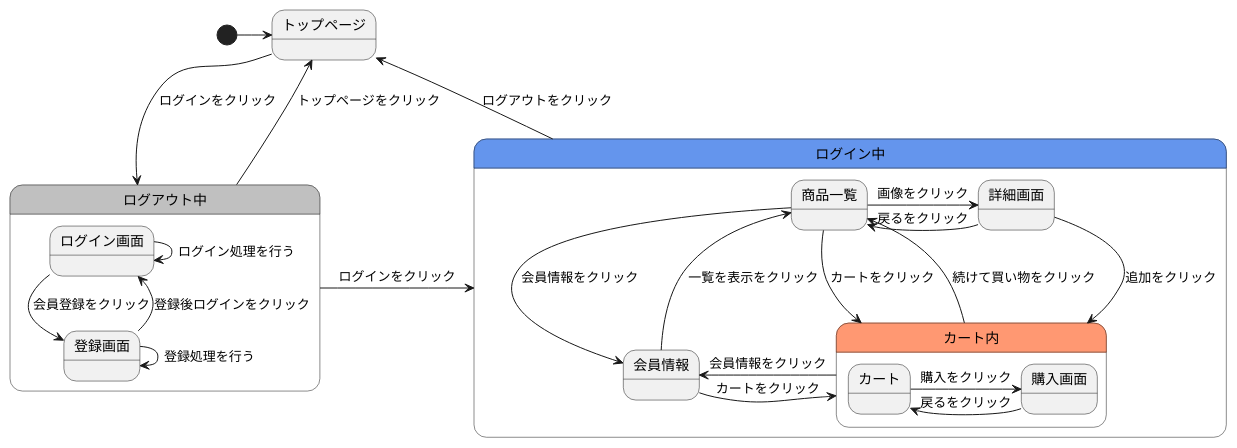
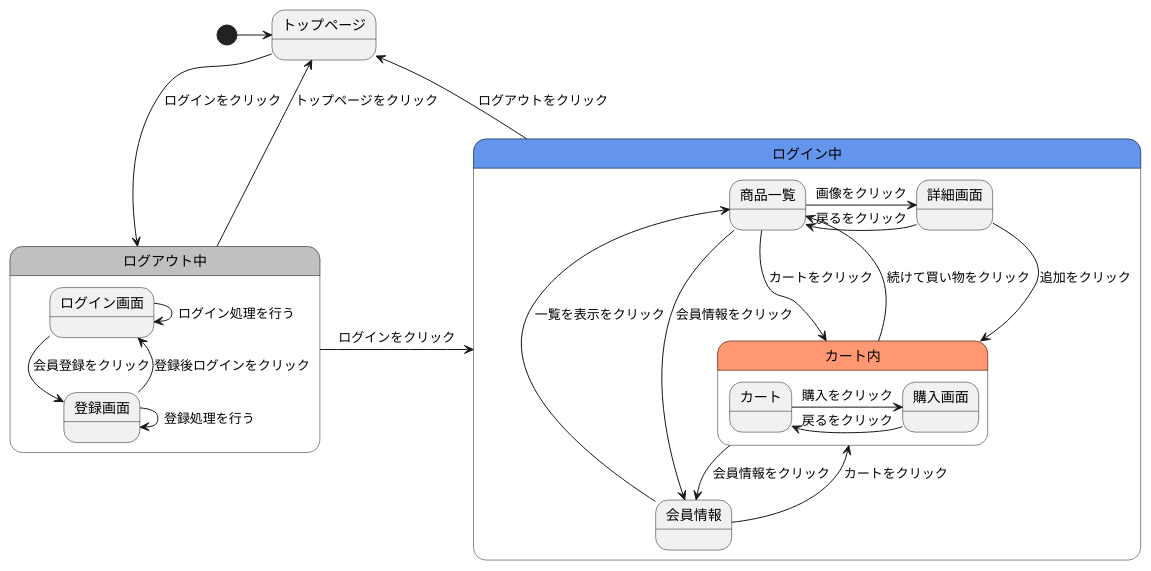
One commit to Aso2001409/2021sys-design changed the diagram in gamen2.md. Above: the diagram before and after it, drawn with PlantUML.

````diff
--- a/gamen2.md
+++ b/gamen2.md
@@ -1,30 +1,30 @@
 ```uml
 @startuml
 [*]->トップページ
 トップページ-->ログアウト中 :ログインをクリック
 ログアウト中->トップページ :トップページをクリック
 ログイン中->トップページ : ログアウトをクリック
 state ログアウト中 #C0C0C0{
   ログイン画面-->登録画面 :会員登録をクリック
   ログイン画面->ログイン画面 :ログイン処理を行う
   登録画面->登録画面 :登録処理を行う
   登録画面--> ログイン画面 :登録後ログインをクリック
 }
 ログアウト中->ログイン中 :ログインをクリック
 state ログイン中 #6495ED{
   商品一覧->詳細画面 :画像をクリック
   商品一覧--->カート内 :カートをクリック
   商品一覧->会員情報 :会員情報をクリック
   詳細画面->商品一覧 :戻るをクリック
   詳細画面->カート内 :追加をクリック
   会員情報->商品一覧 :一覧を表示をクリック
-  会員情報->カート内 :カートをクリック
+  会員情報-->カート内 :カートをクリック
   state カート内 #FF9872{
     カート->購入画面 :購入をクリック
     購入画面->カート :戻るをクリック
     }  
   カート内->商品一覧 :続けて買い物をクリック
   カート内->会員情報 :会員情報をクリック
   }
 @enduml
 ```
````
